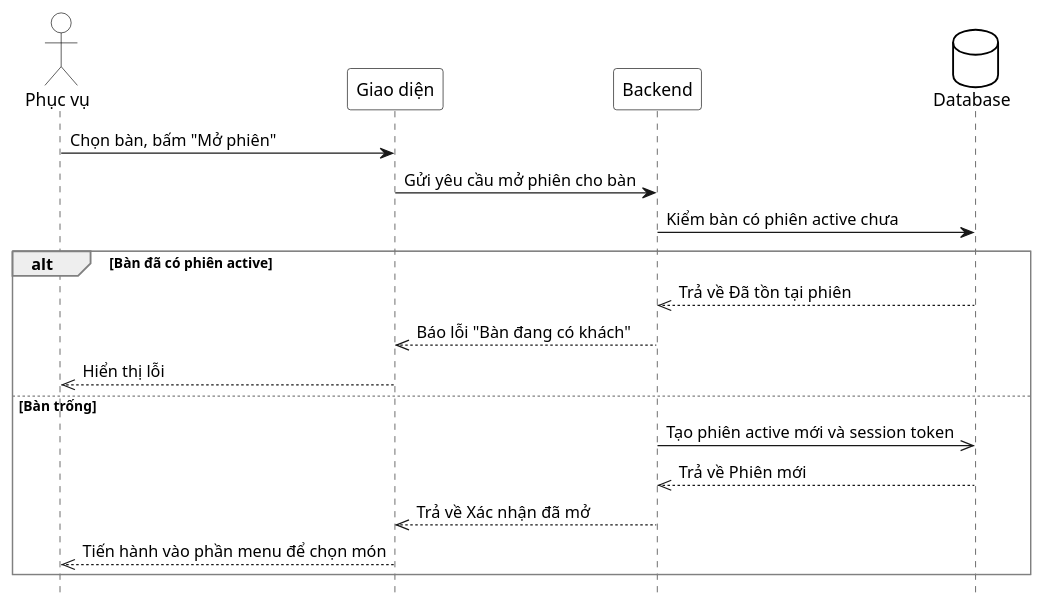
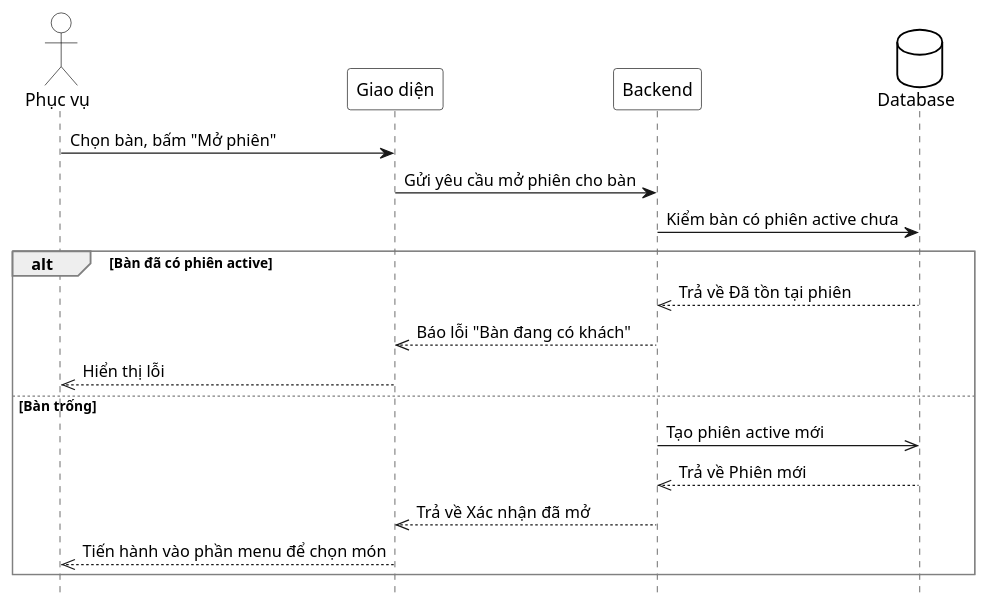
One commit to thanhhoa3514/restaurant-management changed the second of 2 diagrams in docs/use-cases/uc-phuc-vu-09-mo-phien-walk-in.md. Above: the diagram before and after it, drawn with PlantUML. The commit also changed other lines of this file and 67 other files, not shown here.

```diff
--- a/docs/use-cases/uc-phuc-vu-09-mo-phien-walk-in.md
+++ b/docs/use-cases/uc-phuc-vu-09-mo-phien-walk-in.md
@@ -98,37 +98,37 @@
 @startuml
 hide footbox
 skinparam participant {
 BackgroundColor White
 BorderColor Black
 }
 skinparam actor {
 BackgroundColor White
 BorderColor Black
 }
 skinparam database {
 BackgroundColor White
 BorderColor Black
 }
 skinparam sequenceGroupBorderThickness 1
 skinparam sequenceGroupBorderColor Gray
 actor "Phục vụ" as A
 participant "Giao diện" as UI
 participant "Backend" as BE
 database "Database" as DB
 
 A -> UI : Chọn bàn, bấm "Mở phiên"
 UI -> BE : Gửi yêu cầu mở phiên cho bàn
 BE -> DB : Kiểm bàn có phiên active chưa
 
 alt Bàn đã có phiên active
 DB -->> BE : Trả về Đã tồn tại phiên
 BE -->> UI : Báo lỗi "Bàn đang có khách"
 UI -->> A : Hiển thị lỗi
 
 else Bàn trống
-BE ->> DB : Tạo phiên active mới và session token
+BE ->> DB : Tạo phiên active mới
 DB -->> BE : Trả về Phiên mới
 BE -->> UI : Trả về Xác nhận đã mở
 UI -->> A : Tiến hành vào phần menu để chọn món
 end
 @enduml
```
